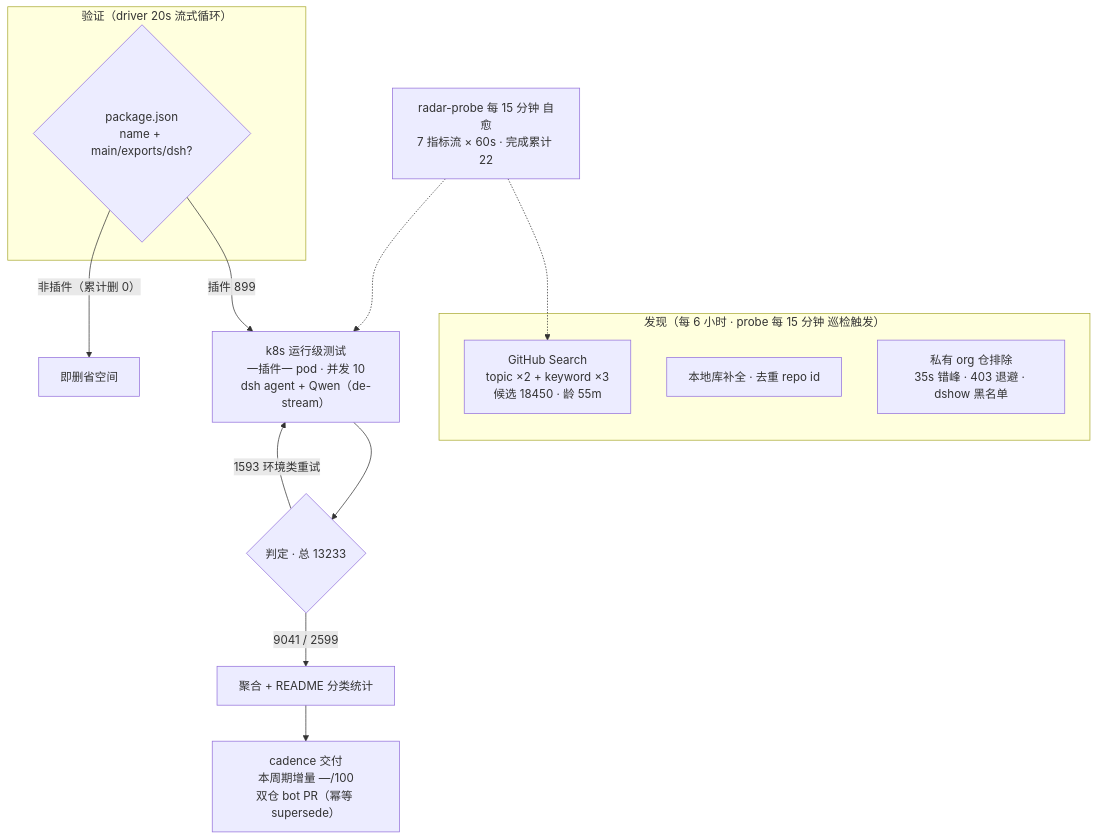
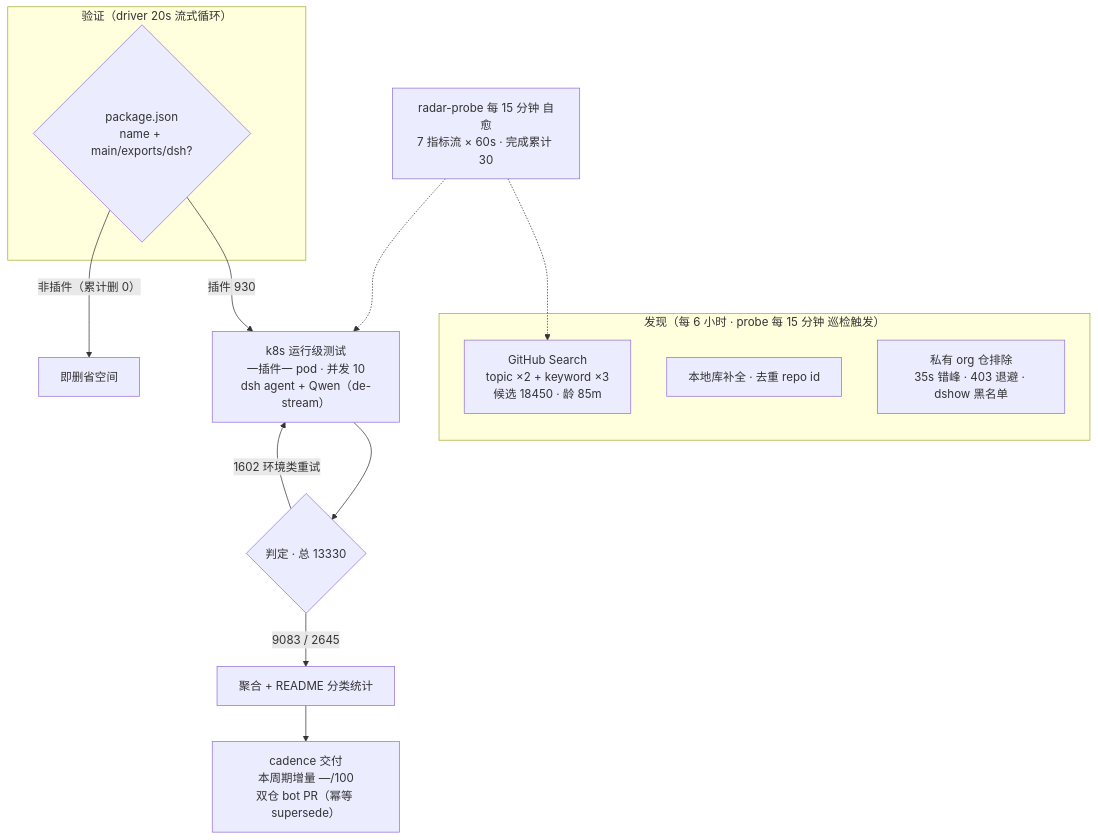
One commit to AdamPlatin123/awesome-dsh-plugins changed the diagram in README.md. Above: the diagram before and after it, drawn with Mermaid. The commit also changed other lines of this file and 14 other files, not shown here.

````diff
--- a/README.md
+++ b/README.md
@@ -52,20 +52,20 @@
 ```mermaid
 flowchart TB
     subgraph Discovery["发现（每 6 小时 · probe 每 15 分钟 巡检触发）"]
-        A1["GitHub Search<br/>topic ×2 + keyword ×3<br/>候选 18450 · 龄 55m"]
+        A1["GitHub Search<br/>topic ×2 + keyword ×3<br/>候选 18450 · 龄 85m"]
         A2["本地库补全 · 去重 repo id"]
         A3["私有 org 仓排除<br/>35s 错峰 · 403 退避 · dshow 黑名单"]
     end
     subgraph Validation["验证（driver 20s 流式循环）"]
         B1{"package.json<br/>name + main/exports/dsh?"}
     end
-    B1 -->|"插件 899"| C1["k8s 运行级测试<br/>一插件一 pod · 并发 10<br/>dsh agent + Qwen（de-stream）"]
+    B1 -->|"插件 930"| C1["k8s 运行级测试<br/>一插件一 pod · 并发 10<br/>dsh agent + Qwen（de-stream）"]
     B1 -->|"非插件（累计删 0）"| B3["即删省空间"]
-    C1 --> D1{"判定 · 总 13233"}
-    D1 -->|"9041 / 2599"| E1["聚合 + README 分类统计"]
-    D1 -->|"1593 环境类重试"| C1
+    C1 --> D1{"判定 · 总 13330"}
+    D1 -->|"9083 / 2645"| E1["聚合 + README 分类统计"]
+    D1 -->|"1602 环境类重试"| C1
     E1 --> E2["cadence 交付<br/>本周期增量 —/100<br/>双仓 bot PR（幂等 supersede）"]
-    M["radar-probe 每 15 分钟 自愈<br/>7 指标流 × 60s · 完成累计 22"]
+    M["radar-probe 每 15 分钟 自愈<br/>7 指标流 × 60s · 完成累计 30"]
     M -.-> A1
     M -.-> C1
 ```
````
